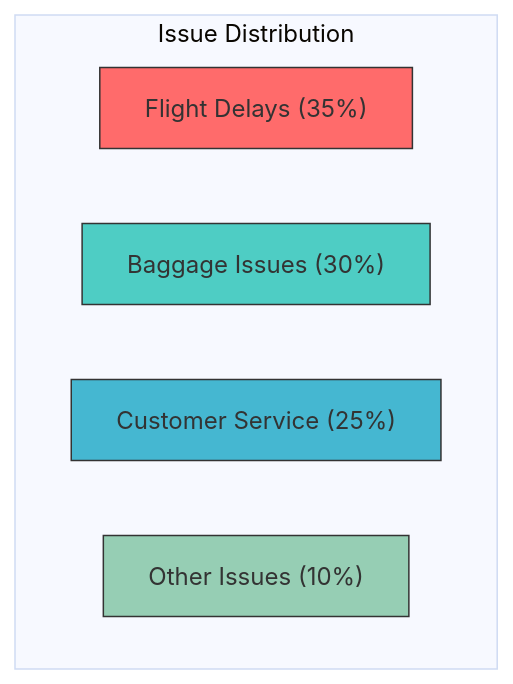
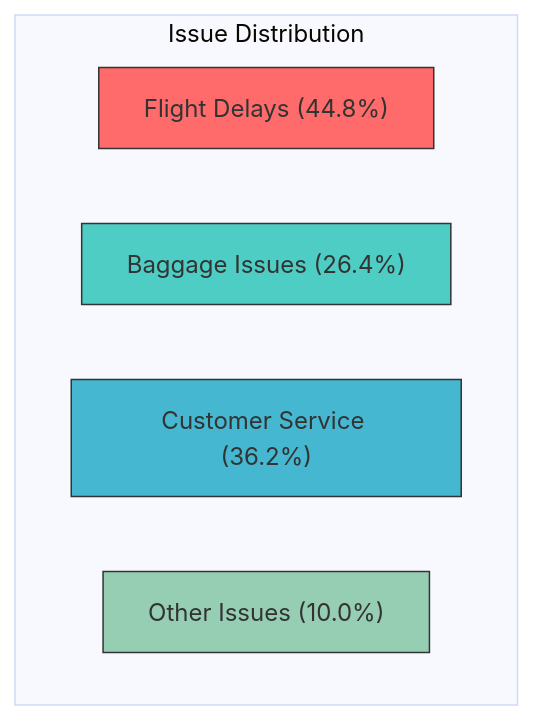
The third of 8 diagrams in README.md (SoGhosh719/British_Airways), drawn with Mermaid before and after one commit. The commit also changed other lines of this file, not shown here.

````diff
--- a/README.md
+++ b/README.md
@@ -123,14 +123,14 @@
 ```mermaid {scale: 0.8}
 %%{init: { 'theme': 'base' } }%%
 graph TD
     subgraph "Issue Distribution"
-    A["Flight Delays (35%)"]
-    B["Baggage Issues (30%)"]
-    C["Customer Service (25%)"]
-    D["Other Issues (10%)"]
+    A["Flight Delays (44.8%)"]
+    B["Baggage Issues (26.4%)"]
+    C["Customer Service (36.2%)"]
+    D["Other Issues (10.0%)"]
     end
     style A fill:#ff6b6b,stroke:#333
     style B fill:#4ecdc4,stroke:#333
     style C fill:#45b7d1,stroke:#333
     style D fill:#96ceb4,stroke:#333
 ```
````
